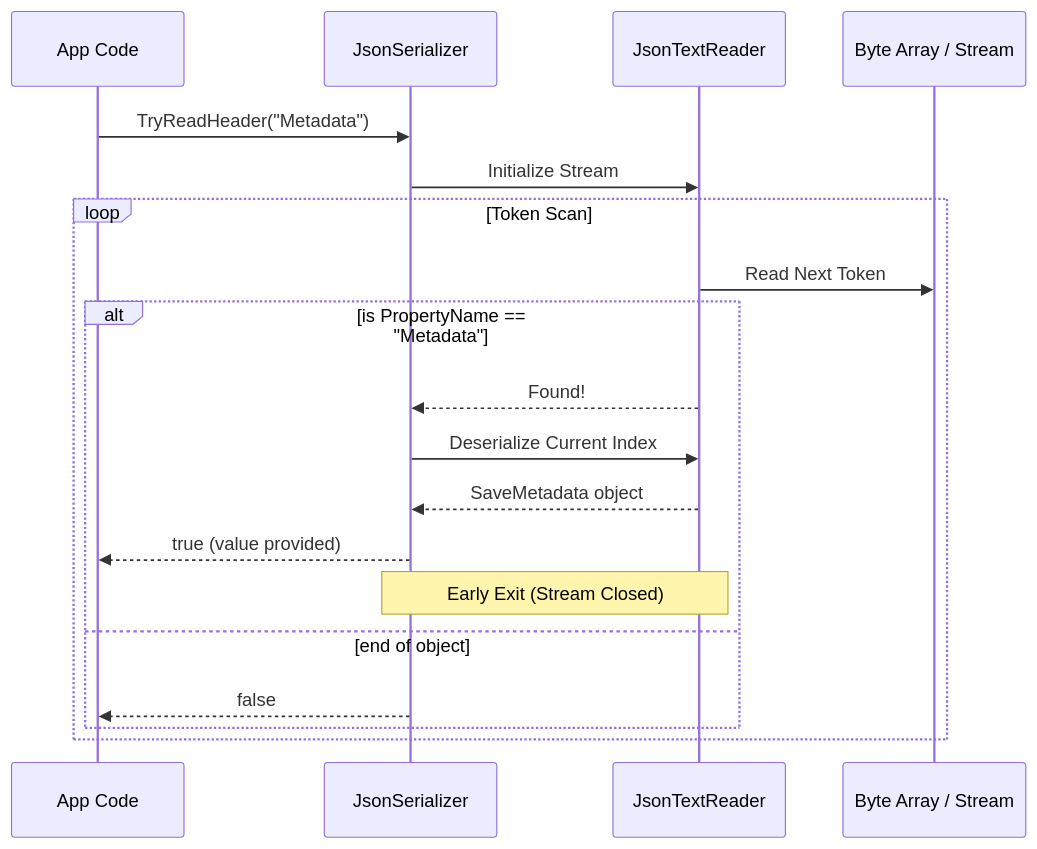
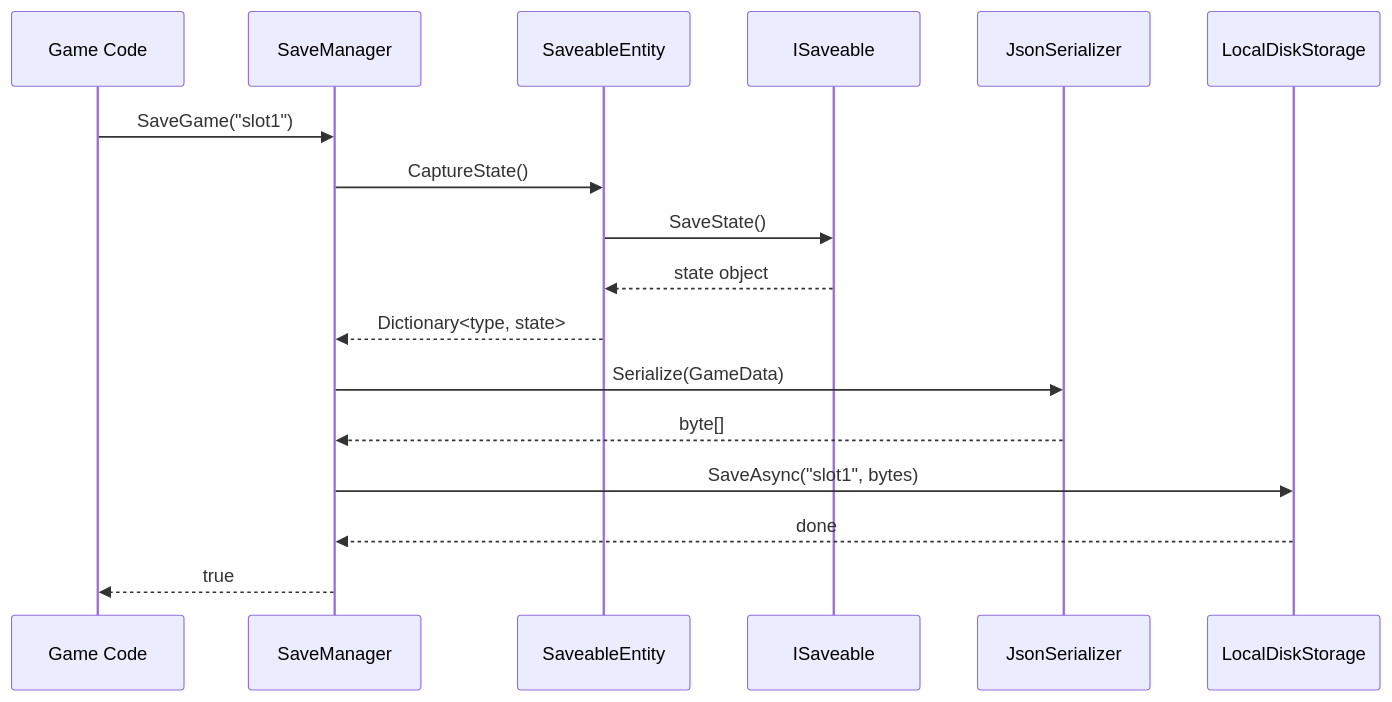
One commit to eraflo/Catalyst changed the second of 2 diagrams in Documentation~/Core/Persistence.md. Above: the diagram before and after it, drawn with Mermaid. The commit also changed other lines of this file, not shown here.

````diff
--- a/Documentation~/Core/Persistence.md
+++ b/Documentation~/Core/Persistence.md
@@ -47,22 +50,20 @@
 ```mermaid
 sequenceDiagram
-    participant App as App Code
-    participant S as JsonSerializer
-    participant R as JsonTextReader
-    participant B as Byte Array / Stream
+    participant Game as Game Code
+    participant SM as SaveManager
+    participant SE as SaveableEntity
+    participant ISv as ISaveable
+    participant Ser as JsonSerializer
+    participant Stg as LocalDiskStorage
 
-    App->>S: TryReadHeader("Metadata")
-    S->>R: Initialize Stream
-    loop Token Scan
-        R->>B: Read Next Token
-        alt is PropertyName == "Metadata"
-            R-->>S: Found!
-            S->>R: Deserialize Current Index
-            R-->>S: SaveMetadata object
-            S-->>App: true (value provided)
-            Note over S,R: Early Exit (Stream Closed)
-        else end of object
-             S-->>App: false
-        end
-    end
+    Game->>SM: SaveGame("slot1")
+    SM->>SE: CaptureState()
+    SE->>ISv: SaveState()
+    ISv-->>SE: state object
+    SE-->>SM: Dictionary<type, state>
+    SM->>Ser: Serialize(GameData)
+    Ser-->>SM: byte[]
+    SM->>Stg: SaveAsync("slot1", bytes)
+    Stg-->>SM: done
+    SM-->>Game: true
 ```
````
